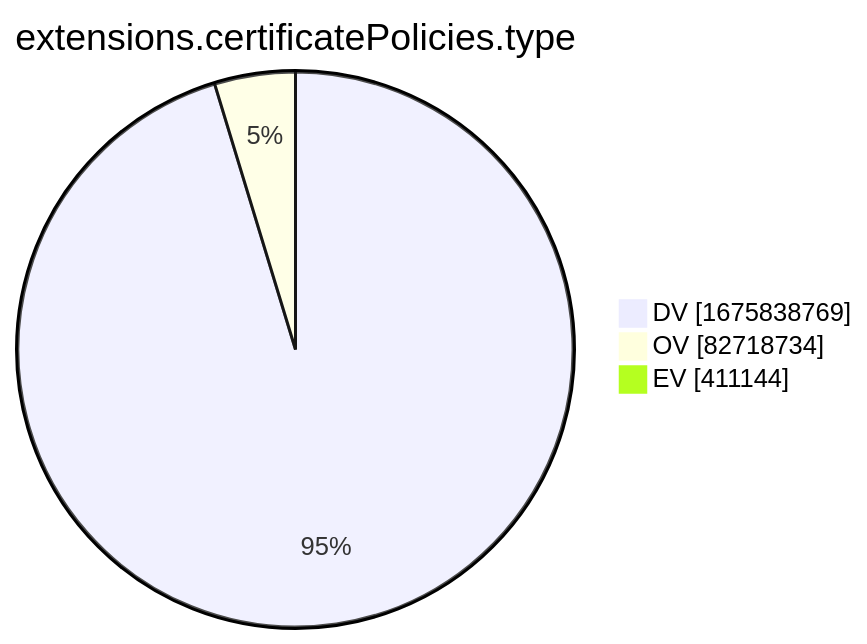
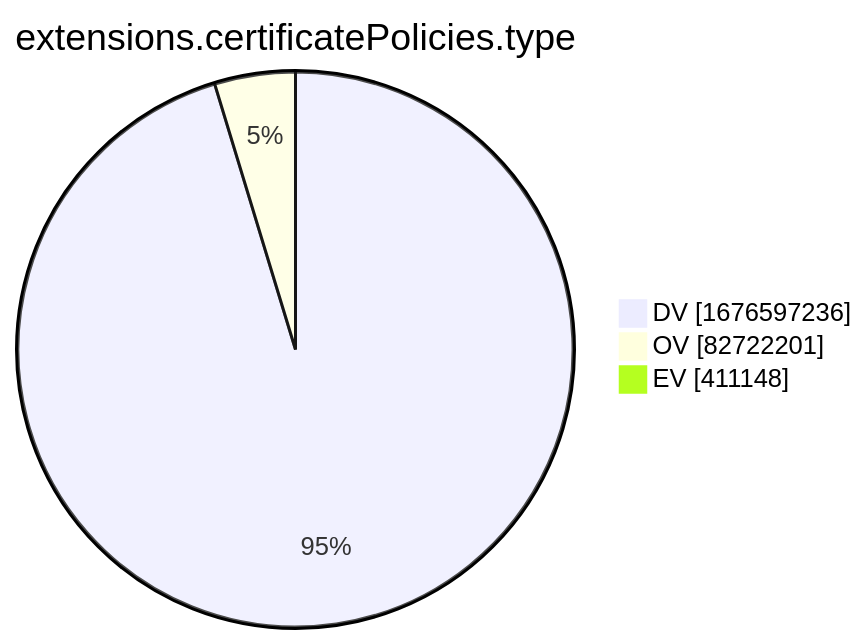
The tenth of 15 diagrams in xenon2022/README.md (christiankrug/ctmonitor_visualization), drawn with Mermaid before and after one commit. The commit also changed other lines of this file, not shown here.

````diff
--- a/xenon2022/README.md
+++ b/xenon2022/README.md
@@ -2880,7 +2880,7 @@
 ```mermaid
 pie showData
 title extensions.certificatePolicies.type
-"DV" :1675838769
-"OV" :82718734
-"EV" :411144
+"DV" :1676597236
+"OV" :82722201
+"EV" :411148
 ```
````
